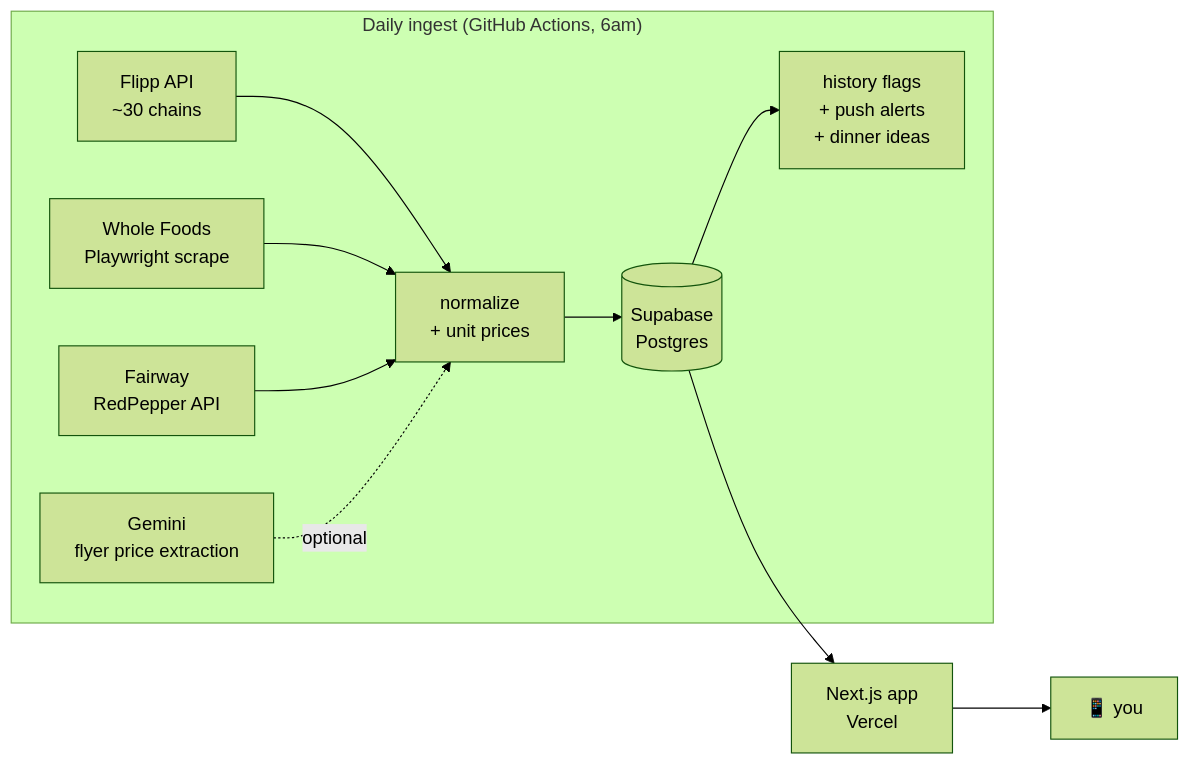
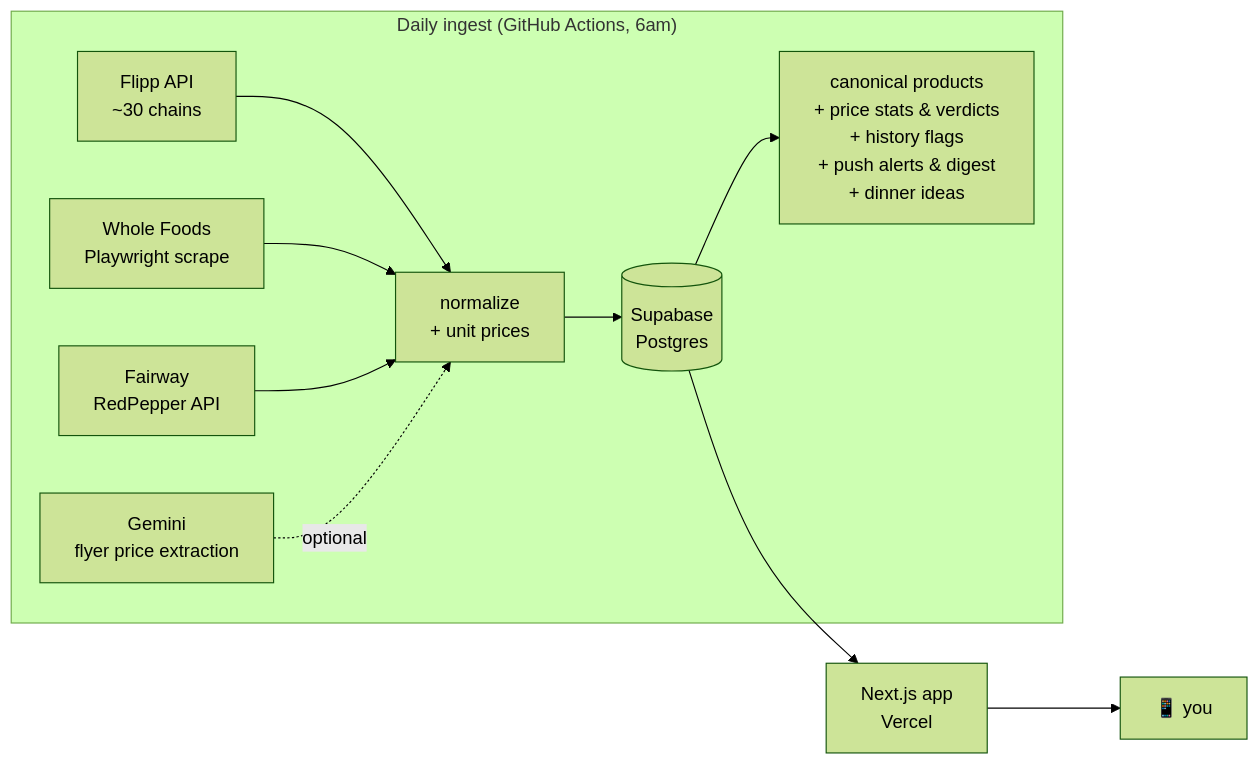
The diagram in README.md (ozansozuozgit/deal-radar), drawn with Mermaid (forest theme) before and after one commit. The commit also changed other lines of this file and 67 other files, not shown here.

First line of the commit message:
10 big improvements: smarter list, For you, digest, price intel, meals, places, canonical products, watches, trip map, savings (#4)

````diff
--- a/README.md
+++ b/README.md
@@ -43,13 +65,13 @@
 ```mermaid
 flowchart LR
   subgraph "Daily ingest (GitHub Actions, 6am)"
     F[Flipp API<br/>~30 chains] --> N[normalize<br/>+ unit prices]
     W[Whole Foods<br/>Playwright scrape] --> N
     R[Fairway<br/>RedPepper API] --> N
     G[Gemini<br/>flyer price extraction] -.optional.-> N
     N --> DB[(Supabase<br/>Postgres)]
-    DB --> H[history flags<br/>+ push alerts<br/>+ dinner ideas]
+    DB --> H[canonical products<br/>+ price stats & verdicts<br/>+ history flags<br/>+ push alerts & digest<br/>+ dinner ideas]
   end
   DB --> APP[Next.js app<br/>Vercel]
   APP --> U[📱 you]
 ```
````
